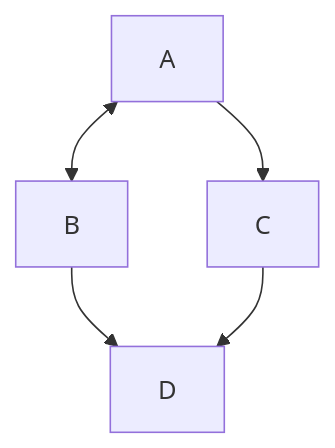
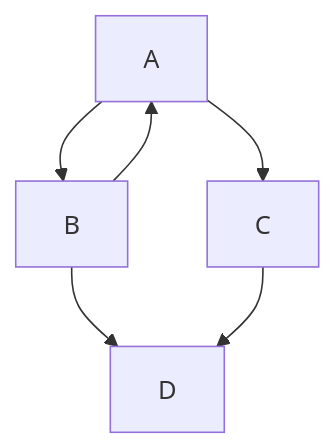
One commit to witusj/phd changed the diagram in README.md. Above: the diagram before and after it, drawn with Mermaid.

````diff
--- a/README.md
+++ b/README.md
@@ -3,7 +3,8 @@
 ```mermaid
 graph TD;
-    A<-->B;
+    A-->B;
+    B-->A
     A-->C;
     B-->D;
     C-->D;
 ```
````
